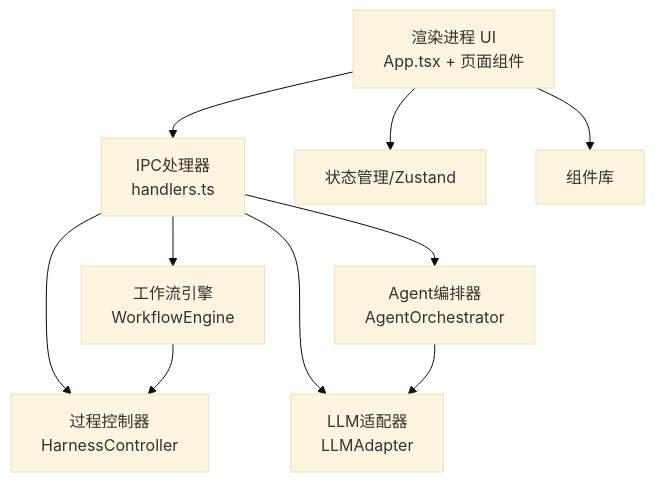
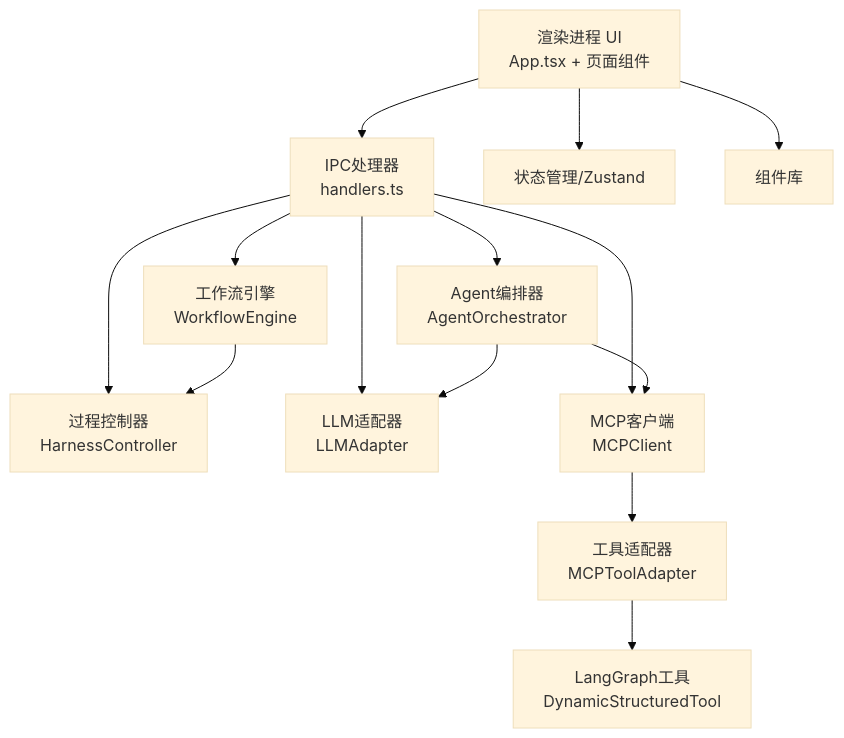
The second of 10 diagrams in .qoder/repowiki/zh/content/架构设计/Agent编排系统.md (haolange/RDC-Agent), drawn with Mermaid (base theme) before and after one commit. The commit also changed other lines of this file and 3483 other files, not shown here.

````diff
--- a/.qoder/repowiki/zh/content/架构设计/Agent编排系统.md
+++ b/.qoder/repowiki/zh/content/架构设计/Agent编排系统.md
@@ -124,12 +155,16 @@
 ```mermaid
 graph TB
 UI[渲染进程 UI<br/>App.tsx + 页面组件] --> IPC[IPC处理器<br/>handlers.ts]
 IPC --> WF[工作流引擎<br/>WorkflowEngine]
 IPC --> AO[Agent编排器<br/>AgentOrchestrator]
 IPC --> HC[过程控制器<br/>HarnessController]
 IPC --> LLMA[LLM适配器<br/>LLMAdapter]
+IPC --> MCP[MCP客户端<br/>MCPClient]
 AO --> LLMA
+AO --> MCP
 WF --> HC
+MCP --> MT[工具适配器<br/>MCPToolAdapter]
+MT --> LG[LangGraph工具<br/>DynamicStructuredTool]
 UI --> Stores[状态管理/Zustand]
 UI --> Components[组件库]
 ```
````
